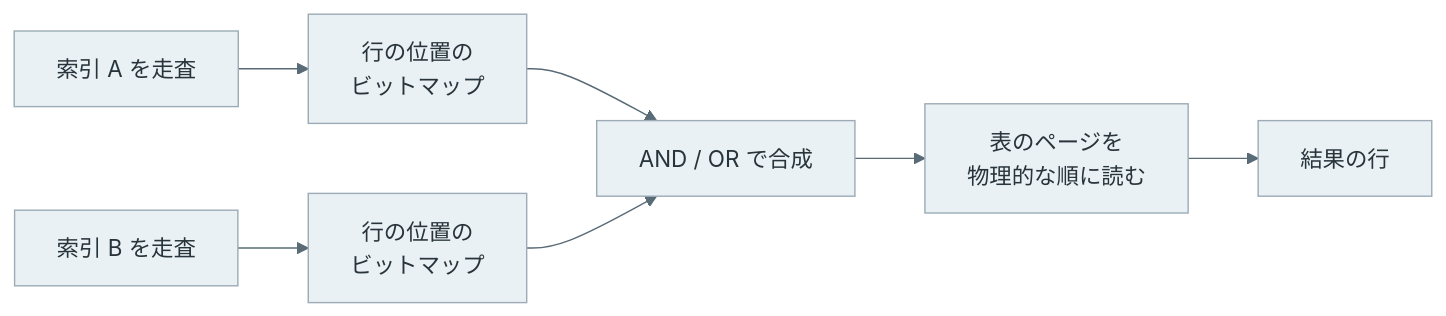
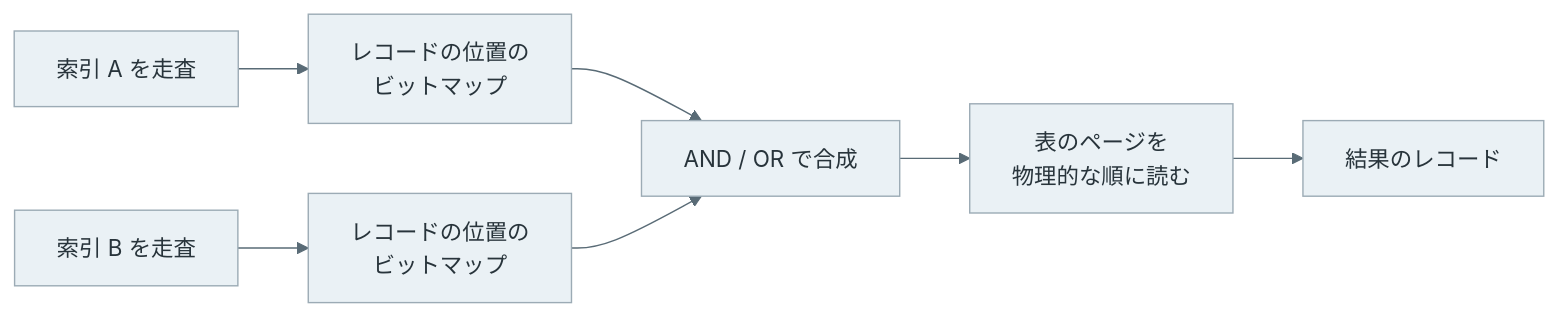
The sixth of 8 diagrams in content/notes/database-systems/index-scan/index.md (nao1215/debimate), drawn with Mermaid before and after one commit. The commit also changed other lines of this file and 125 other files, not shown here.

````diff
--- a/content/notes/database-systems/index-scan/index.md
+++ b/content/notes/database-systems/index-scan/index.md
@@ -220,11 +239,11 @@
 ```mermaid
 %%{init: {"theme":"base","themeVariables":{"primaryColor":"#eaf1f5","primaryTextColor":"#28343b","primaryBorderColor":"#9cabb5","lineColor":"#596b76","textColor":"#28343b","actorBkg":"#eaf1f5","actorBorder":"#9cabb5","actorTextColor":"#28343b","actorLineColor":"#9cabb5","signalColor":"#596b76","signalTextColor":"#28343b","noteBkgColor":"#f7f1e5","noteBorderColor":"#c5b99b","noteTextColor":"#403c32","activationBkgColor":"#edf3ef","activationBorderColor":"#9aafa1"}}}%%
 flowchart LR
-    I1["索引 A を走査"] --> B1["行の位置の<br/>ビットマップ"]
-    I2["索引 B を走査"] --> B2["行の位置の<br/>ビットマップ"]
+    I1["索引 A を走査"] --> B1["レコードの位置の<br/>ビットマップ"]
+    I2["索引 B を走査"] --> B2["レコードの位置の<br/>ビットマップ"]
     B1 --> AN["AND / OR で合成"]
     B2 --> AN
     AN --> S["表のページを<br/>物理的な順に読む"]
-    S --> R["結果の行"]
+    S --> R["結果のレコード"]
     classDef default fill:#eaf1f5,stroke:#9cabb5,color:#28343b;
 ```
````
